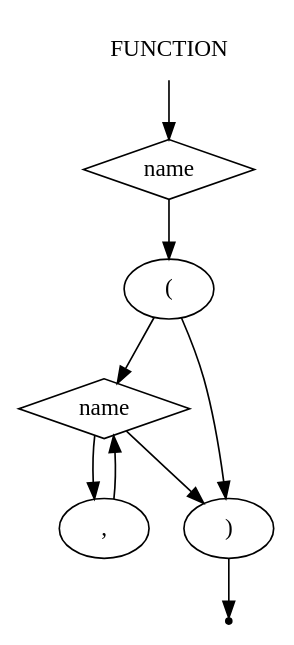
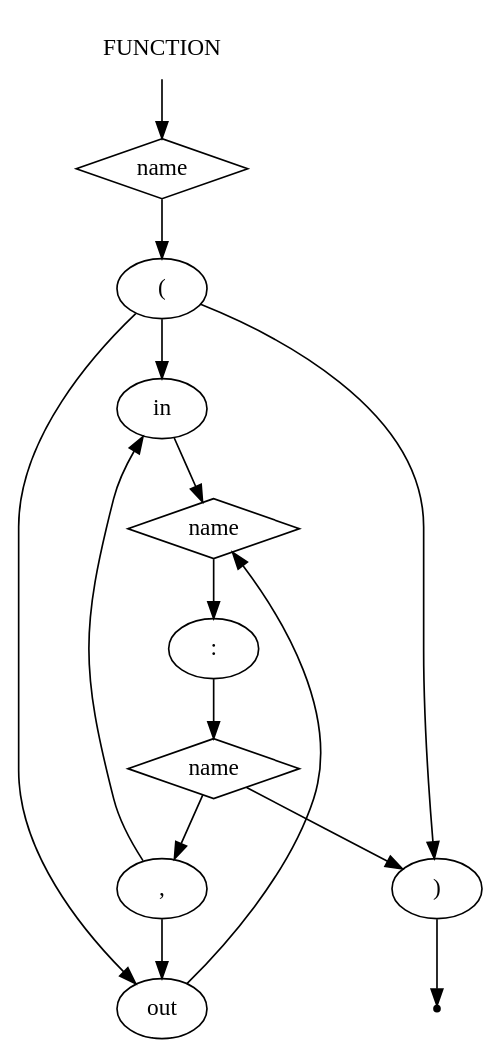
The diagram in ciao_gv/function.gv (Samirox66/ciao), drawn with Graphviz before and after one commit. The commit also changed 4 other files, not shown here.

```diff
--- a/ciao_gv/function.gv
+++ b/ciao_gv/function.gv
@@ -1,17 +1,31 @@
 digraph FUNCTION {
     start [label=FUNCTION shape=plaintext]
     A [label=name shape=diamond]
     B [label="(" shape=oval]
+    I [label="in" shape=oval]
+    O [label="out" shape=oval]
     C [label=name shape=diamond]
+    P [label=":" shape=oval]
+    L [label=name shape=diamond]
     D [label="," shape=oval]
     E [label=")" shape=oval]
     end [label="" shape=point]
     start -> A
     A -> B
-    B -> C
+    B -> I
+    B -> O
     B -> E
-    C -> D
-    C -> E
-    D -> C
+
+    I -> C
+    O -> C
+
+    C -> P
+    P -> L
+
+    L -> D
+    L -> E
+    D -> I 
+    D -> O
+
     E -> end
 }
```
